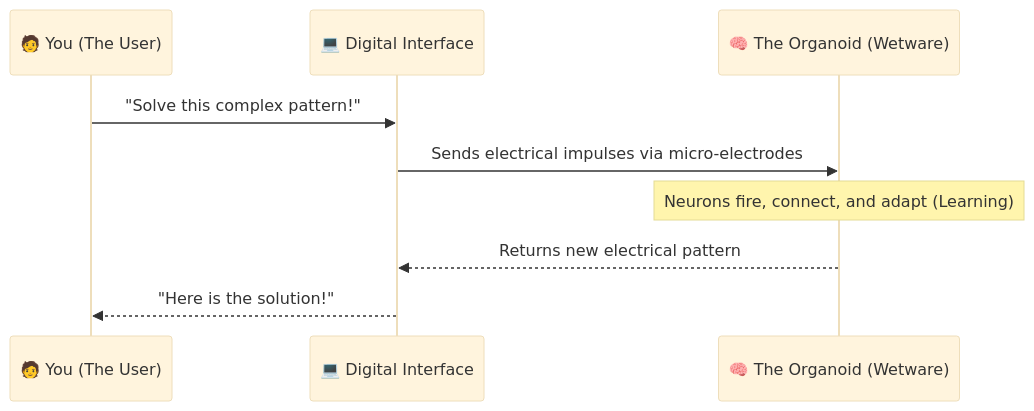
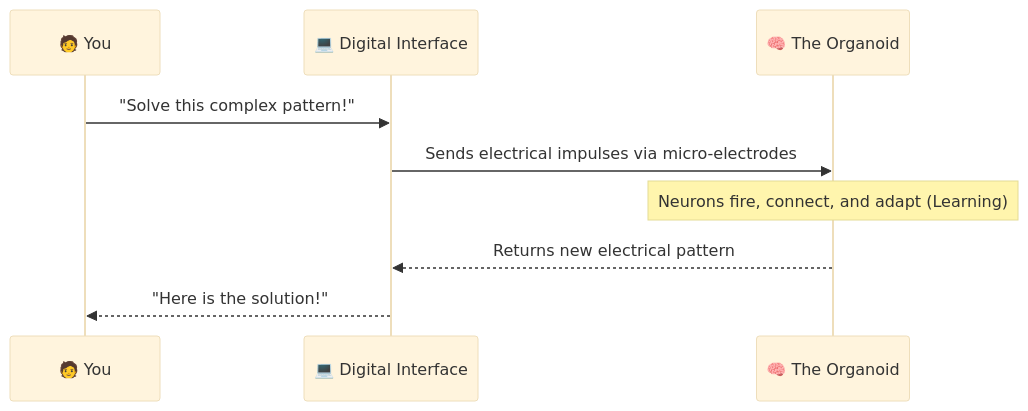
Before and after one commit to vdonthireddy/ai-knowledge-base: the second of 2 diagrams in line35_biological_computing.md, drawn with Mermaid (base theme). The commit also changed other lines of this file, not shown here.

Commit message:
fix: quote subgraph labels in line35 and simplify sequence aliases

````diff
--- a/line35_biological_computing.md
+++ b/line35_biological_computing.md
@@ -79,12 +79,12 @@
 ```mermaid
 sequenceDiagram
-    participant User as 🧑 You (The User)
+    participant User as 🧑 You
     participant PC as 💻 Digital Interface
-    participant Bio as 🧠 The Organoid (Wetware)
+    participant Bio as 🧠 The Organoid
     
     User->>PC: "Solve this complex pattern!"
     PC->>Bio: Sends electrical impulses via micro-electrodes
     Note over Bio: Neurons fire, connect, and adapt (Learning)
     Bio-->>PC: Returns new electrical pattern
     PC-->>User: "Here is the solution!"
 ```
````
